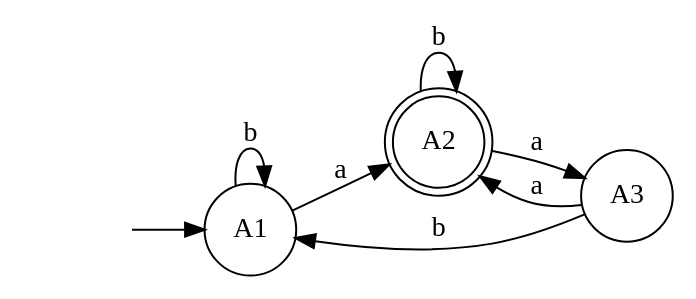
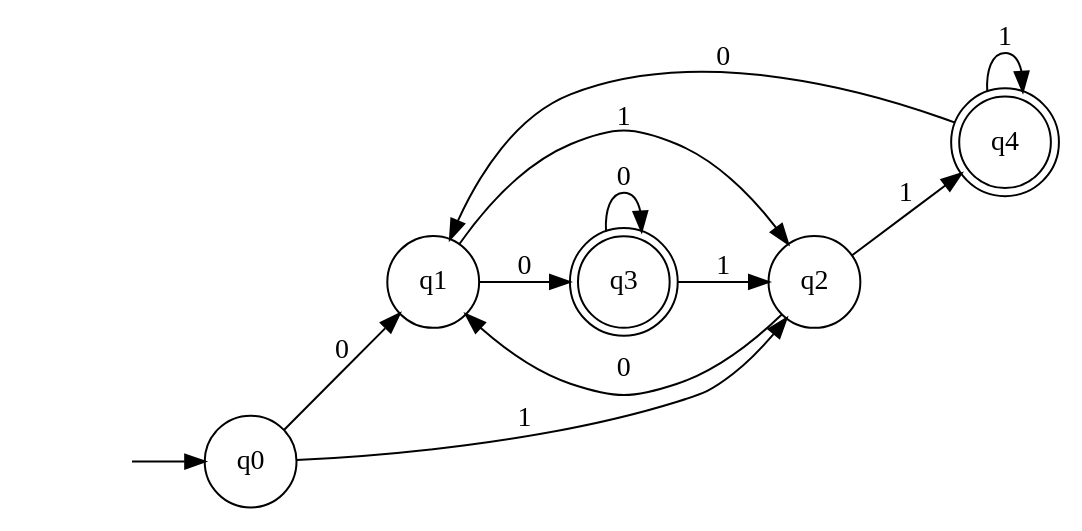
The diagram in src/bin/Debug/automaton.dot (bludyh/automatax), drawn with Graphviz before and after one commit. The commit also changed 15 other files, not shown here.

```diff
--- a/src/bin/Debug/automaton.dot
+++ b/src/bin/Debug/automaton.dot
@@ -1,15 +1,21 @@
 digraph automaton {
 	rankdir=LR;
 	"" [shape=none]
-	"A1" [shape=circle]
-	"A2" [shape=doublecircle]
-	"A3" [shape=circle]
+	"q0" [shape=circle]
+	"q1" [shape=circle]
+	"q2" [shape=circle]
+	"q3" [shape=doublecircle]
+	"q4" [shape=doublecircle]
 
-	"" -> "A1"
-	"A1" -> "A2" [label="a"]
-	"A1" -> "A1" [label="b"]
-	"A2" -> "A3" [label="a"]
-	"A2" -> "A2" [label="b"]
-	"A3" -> "A2" [label="a"]
-	"A3" -> "A1" [label="b"]
+	"" -> "q0"
+	"q0" -> "q1" [label="0"]
+	"q0" -> "q2" [label="1"]
+	"q1" -> "q3" [label="0"]
+	"q1" -> "q2" [label="1"]
+	"q2" -> "q1" [label="0"]
+	"q2" -> "q4" [label="1"]
+	"q3" -> "q3" [label="0"]
+	"q3" -> "q2" [label="1"]
+	"q4" -> "q1" [label="0"]
+	"q4" -> "q4" [label="1"]
 }
```
